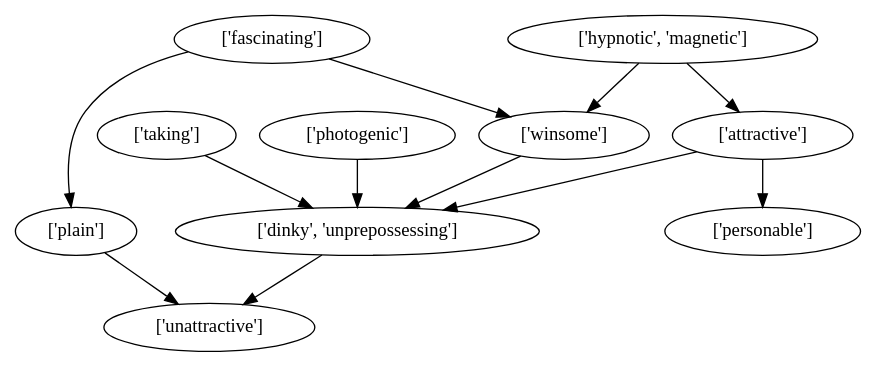
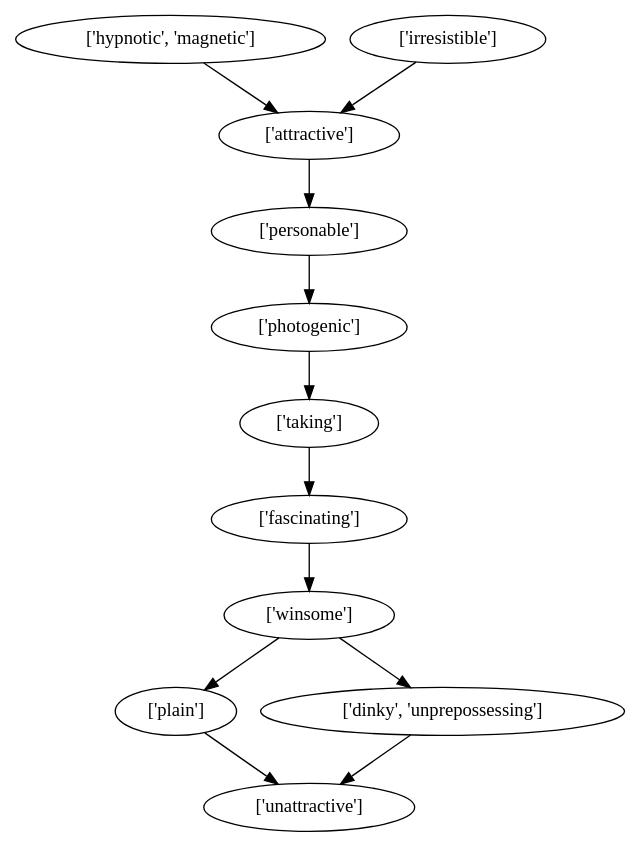
The diagram in graphs_with_eqs/dots/attractiveness.dot (bleonar5/mechanical_turk), drawn with Graphviz before and after one commit. The commit also changed 99 other files, not shown here.

```diff
--- a/graphs_with_eqs/dots/attractiveness.dot
+++ b/graphs_with_eqs/dots/attractiveness.dot
@@ -1,13 +1,13 @@
 strict digraph  {
-	"['fascinating']" -> "['winsome']";
-	"['fascinating']" -> "['plain']";
-	"['winsome']" -> "['dinky', 'unprepossessing']";
+	"['hypnotic', 'magnetic']" -> "['attractive']";
+	"['attractive']" -> "['personable']";
 	"['plain']" -> "['unattractive']";
 	"['dinky', 'unprepossessing']" -> "['unattractive']";
-	"['taking']" -> "['dinky', 'unprepossessing']";
-	"['photogenic']" -> "['dinky', 'unprepossessing']";
-	"['hypnotic', 'magnetic']" -> "['winsome']";
-	"['hypnotic', 'magnetic']" -> "['attractive']";
-	"['attractive']" -> "['dinky', 'unprepossessing']";
-	"['attractive']" -> "['personable']";
+	"['winsome']" -> "['plain']";
+	"['winsome']" -> "['dinky', 'unprepossessing']";
+	"['taking']" -> "['fascinating']";
+	"['fascinating']" -> "['winsome']";
+	"['irresistible']" -> "['attractive']";
+	"['photogenic']" -> "['taking']";
+	"['personable']" -> "['photogenic']";
 }
```
